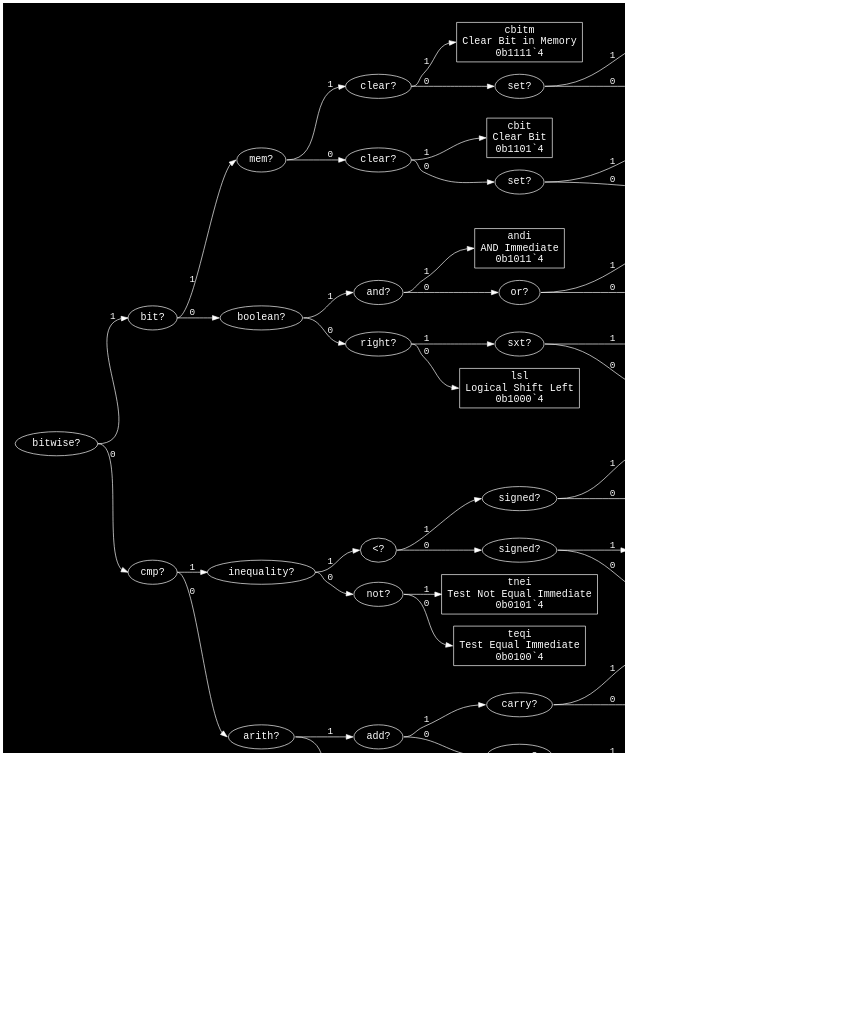
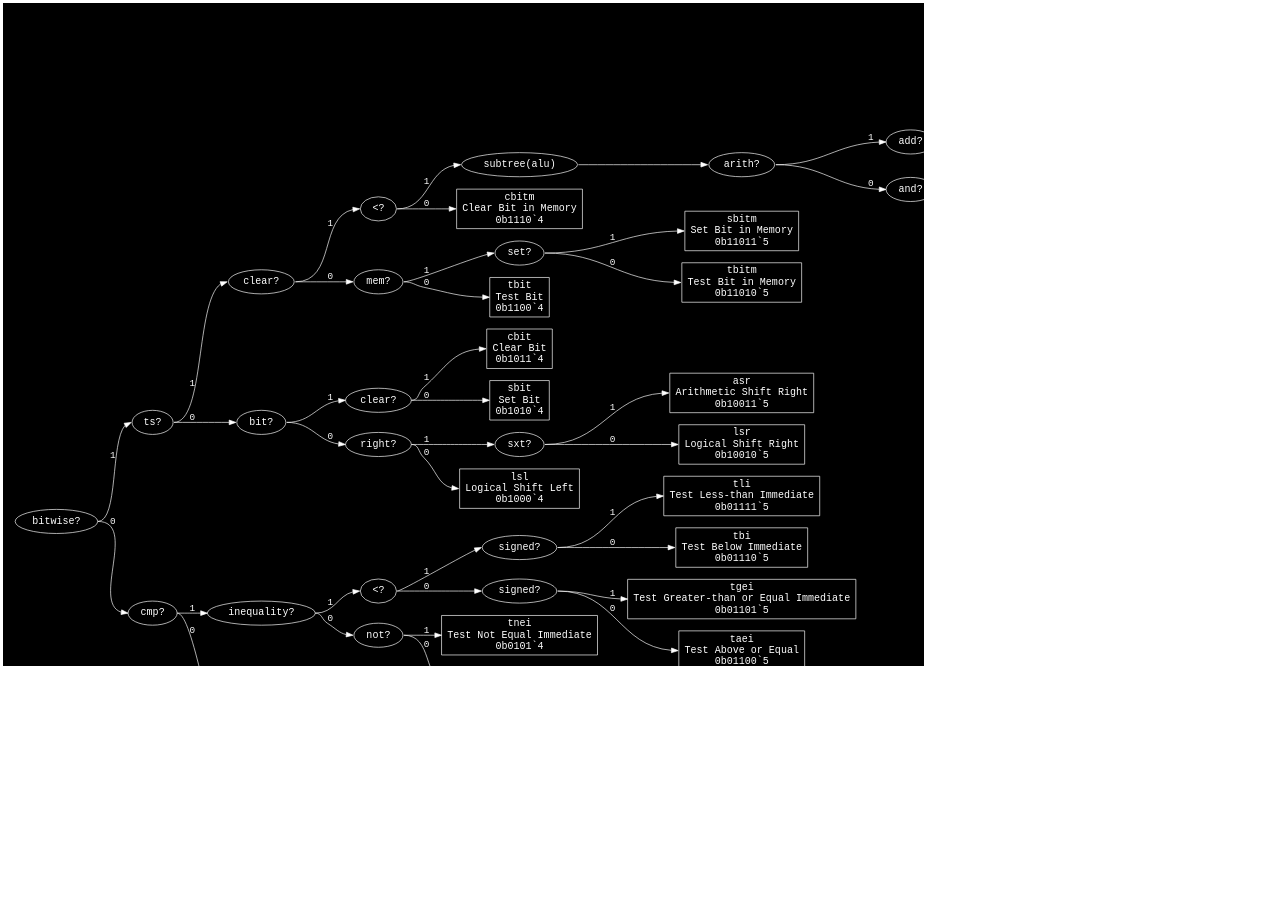
One commit to eignnx/SPRIND changed the diagram in assets/graphs/ri(1).dot. Above: the diagram before and after it, drawn with Graphviz. The commit also changed 15 other files, not shown here.

Commit message:
all tree diagrams are being generated now

```diff
--- a/assets/graphs/ri(1).dot
+++ b/assets/graphs/ri(1).dot
@@ -1,106 +1,108 @@
 digraph "Format ri(1)" {
   graph [dpi = 100, bgcolor="#111", fontcolor="white", rankdir=LR, pad="0.25"];
   node [fontname = "Courier", fontsize="15pt", color="white", fontcolor="white"];
   edge [fontname = "Courier", color="white", fontcolor="white"];
-  "bitwise_16720857" [label = "bitwise?", shape = ellipse];
-  "bitwise_16720857":e -> "bit_3130300":w [label = "1"];
-  "bitwise_16720857":e -> "cmp_1683035":w [label = "0"];
-  "bit_3130300" [label = "bit?", shape = ellipse];
-  "bit_3130300":e -> "mem_8965213":w [label = "1"];
-  "bit_3130300":e -> "boolean_7461156":w [label = "0"];
-  "mem_8965213" [label = "mem?", shape = ellipse];
-  "mem_8965213":e -> "clear_3042620":w [label = "1"];
-  "mem_8965213":e -> "clear_7702689":w [label = "0"];
-  "clear_3042620" [label = "clear?", shape = ellipse];
-  "clear_3042620":e -> "cbitm_5508826":w [label = "1"];
-  "clear_3042620":e -> "set_7736431":w [label = "0"];
-  "cbitm_5508826" [label = "cbitm\nClear Bit in Memory\n0b1111`4", shape = rectangle];
+  "bitwise_15003027" [label = "bitwise?", shape = ellipse];
+  "bitwise_15003027":e -> "ts_12343833":w [label = "1"];
+  "bitwise_15003027":e -> "cmp_1521859":w [label = "0"];
+  "ts_12343833" [label = "ts?", shape = ellipse];
+  "ts_12343833":e -> "clear_10261007":w [label = "1"];
+  "ts_12343833":e -> "bit_13408921":w [label = "0"];
+  "clear_10261007" [label = "clear?", shape = ellipse];
+  "clear_10261007":e -> "<_8235533":w [label = "1"];
+  "clear_10261007":e -> "mem_14705942":w [label = "0"];
+  "<_8235533" [label = "<?", shape = ellipse];
+  "<_8235533":e -> "alu_10217591":w [label = "1"];
+  "<_8235533":e -> "cbitm_5508826":w [label = "0"];
+  "alu_10217591" [label = "subtree(alu)", shape = ellipse];
+  "alu_10217591":e -> "arith_11141132":w;
+  "arith_11141132" [label = "arith?", shape = ellipse];
+  "arith_11141132":e -> "add_12626219":w [label = "1"];
+  "arith_11141132":e -> "and_3569055":w [label = "0"];
+  "add_12626219" [label = "add?", shape = ellipse];
+  "add_12626219":e -> "carry_540871":w [label = "1"];
+  "add_12626219":e -> "carry_3165593":w [label = "0"];
+  "carry_540871" [label = "carry?", shape = ellipse];
+  "carry_540871":e -> "addicy_12315327":w [label = "1"];
+  "carry_540871":e -> "addi_9690679":w [label = "0"];
+  "addicy_12315327" [label = "addicy\nAdd Immediate with Carry\n0b1111111`7", shape = rectangle];
+  "addi_9690679" [label = "addi\nAdd Immediate\n0b1111110`7", shape = rectangle];
+  "carry_3165593" [label = "carry?", shape = ellipse];
+  "carry_3165593":e -> "subicy_2944954":w [label = "1"];
+  "carry_3165593":e -> "subi_4485835":w [label = "0"];
+  "subicy_2944954" [label = "subicy\nSubtract Immediate with Carry\n0b1111101`7", shape = rectangle];
+  "subi_4485835" [label = "subi\nSubtract Immediate\n0b1111100`7", shape = rectangle];
+  "and_3569055" [label = "and?", shape = ellipse];
+  "and_3569055":e -> "andi_12159617":w [label = "1"];
+  "and_3569055":e -> "or_7437234":w [label = "0"];
+  "andi_12159617" [label = "andi\nAND Immediate\n0b111101`6", shape = rectangle];
+  "or_7437234" [label = "or?", shape = ellipse];
+  "or_7437234":e -> "ori_10741780":w [label = "1"];
+  "or_7437234":e -> "xori_1004432":w [label = "0"];
+  "ori_10741780" [label = "ori\nOR Immediate\n0b1111001`7", shape = rectangle];
+  "xori_1004432" [label = "xori\nXOR Immediate\n0b1111000`7", shape = rectangle];
+  "cbitm_5508826" [label = "cbitm\nClear Bit in Memory\n0b1110`4", shape = rectangle];
+  "mem_14705942" [label = "mem?", shape = ellipse];
+  "mem_14705942":e -> "set_7736431":w [label = "1"];
+  "mem_14705942":e -> "tbit_5372373":w [label = "0"];
   "set_7736431" [label = "set?", shape = ellipse];
   "set_7736431":e -> "sbitm_5512467":w [label = "1"];
   "set_7736431":e -> "tbitm_12044071":w [label = "0"];
-  "sbitm_5512467" [label = "sbitm\nSet Bit in Memory\n0b11101`5", shape = rectangle];
-  "tbitm_12044071" [label = "tbitm\nTest Bit in Memory\n0b11100`5", shape = rectangle];
-  "clear_7702689" [label = "clear?", shape = ellipse];
-  "clear_7702689":e -> "cbit_262815":w [label = "1"];
-  "clear_7702689":e -> "set_10387925":w [label = "0"];
-  "cbit_262815" [label = "cbit\nClear Bit\n0b1101`4", shape = rectangle];
-  "set_10387925" [label = "set?", shape = ellipse];
-  "set_10387925":e -> "sbit_16738776":w [label = "1"];
-  "set_10387925":e -> "tbit_5372373":w [label = "0"];
-  "sbit_16738776" [label = "sbit\nSet Bit\n0b11001`5", shape = rectangle];
-  "tbit_5372373" [label = "tbit\nTest Bit\n0b11000`5", shape = rectangle];
-  "boolean_7461156" [label = "boolean?", shape = ellipse];
-  "boolean_7461156":e -> "and_3569055":w [label = "1"];
-  "boolean_7461156":e -> "right_10240396":w [label = "0"];
-  "and_3569055" [label = "and?", shape = ellipse];
-  "and_3569055":e -> "andi_12159617":w [label = "1"];
-  "and_3569055":e -> "or_7437234":w [label = "0"];
-  "andi_12159617" [label = "andi\nAND Immediate\n0b1011`4", shape = rectangle];
-  "or_7437234" [label = "or?", shape = ellipse];
-  "or_7437234":e -> "ori_10741780":w [label = "1"];
-  "or_7437234":e -> "xori_1004432":w [label = "0"];
-  "ori_10741780" [label = "ori\nOR Immediate\n0b10101`5", shape = rectangle];
-  "xori_1004432" [label = "xori\nXOR Immediate\n0b10100`5", shape = rectangle];
+  "sbitm_5512467" [label = "sbitm\nSet Bit in Memory\n0b11011`5", shape = rectangle];
+  "tbitm_12044071" [label = "tbitm\nTest Bit in Memory\n0b11010`5", shape = rectangle];
+  "tbit_5372373" [label = "tbit\nTest Bit\n0b1100`4", shape = rectangle];
+  "bit_13408921" [label = "bit?", shape = ellipse];
+  "bit_13408921":e -> "clear_4440796":w [label = "1"];
+  "bit_13408921":e -> "right_10240396":w [label = "0"];
+  "clear_4440796" [label = "clear?", shape = ellipse];
+  "clear_4440796":e -> "cbit_262815":w [label = "1"];
+  "clear_4440796":e -> "sbit_16738776":w [label = "0"];
+  "cbit_262815" [label = "cbit\nClear Bit\n0b1011`4", shape = rectangle];
+  "sbit_16738776" [label = "sbit\nSet Bit\n0b1010`4", shape = rectangle];
   "right_10240396" [label = "right?", shape = ellipse];
   "right_10240396":e -> "sxt_3947393":w [label = "1"];
   "right_10240396":e -> "lsl_933506":w [label = "0"];
   "sxt_3947393" [label = "sxt?", shape = ellipse];
   "sxt_3947393":e -> "asr_4658712":w [label = "1"];
   "sxt_3947393":e -> "lsr_5551459":w [label = "0"];
   "asr_4658712" [label = "asr\nArithmetic Shift Right\n0b10011`5", shape = rectangle];
   "lsr_5551459" [label = "lsr\nLogical Shift Right\n0b10010`5", shape = rectangle];
   "lsl_933506" [label = "lsl\nLogical Shift Left\n0b1000`4", shape = rectangle];
-  "cmp_1683035" [label = "cmp?", shape = ellipse];
-  "cmp_1683035":e -> "inequality_5877276":w [label = "1"];
-  "cmp_1683035":e -> "arith_14347319":w [label = "0"];
+  "cmp_1521859" [label = "cmp?", shape = ellipse];
+  "cmp_1521859":e -> "inequality_5877276":w [label = "1"];
+  "cmp_1521859":e -> "byte_11793580":w [label = "0"];
   "inequality_5877276" [label = "inequality?", shape = ellipse];
   "inequality_5877276":e -> "<_1890235":w [label = "1"];
   "inequality_5877276":e -> "not_8792364":w [label = "0"];
   "<_1890235" [label = "<?", shape = ellipse];
   "<_1890235":e -> "signed_10531314":w [label = "1"];
   "<_1890235":e -> "signed_6217757":w [label = "0"];
   "signed_10531314" [label = "signed?", shape = ellipse];
   "signed_10531314":e -> "tli_650505":w [label = "1"];
   "signed_10531314":e -> "tbi_7859922":w [label = "0"];
   "tli_650505" [label = "tli\nTest Less-than Immediate\n0b01111`5", shape = rectangle];
   "tbi_7859922" [label = "tbi\nTest Below Immediate\n0b01110`5", shape = rectangle];
   "signed_6217757" [label = "signed?", shape = ellipse];
   "signed_6217757":e -> "tgei_4329480":w [label = "1"];
   "signed_6217757":e -> "taei_9511866":w [label = "0"];
   "tgei_4329480" [label = "tgei\nTest Greater-than or Equal Immediate\n0b01101`5", shape = rectangle];
   "taei_9511866" [label = "taei\nTest Above or Equal\n0b01100`5", shape = rectangle];
   "not_8792364" [label = "not?", shape = ellipse];
   "not_8792364":e -> "tnei_12469607":w [label = "1"];
   "not_8792364":e -> "teqi_10456661":w [label = "0"];
   "tnei_12469607" [label = "tnei\nTest Not Equal Immediate\n0b0101`4", shape = rectangle];
   "teqi_10456661" [label = "teqi\nTest Equal Immediate\n0b0100`4", shape = rectangle];
-  "arith_14347319" [label = "arith?", shape = ellipse];
-  "arith_14347319":e -> "add_12626219":w [label = "1"];
-  "arith_14347319":e -> "byte_11793580":w [label = "0"];
-  "add_12626219" [label = "add?", shape = ellipse];
-  "add_12626219":e -> "carry_540871":w [label = "1"];
-  "add_12626219":e -> "carry_3165593":w [label = "0"];
-  "carry_540871" [label = "carry?", shape = ellipse];
-  "carry_540871":e -> "addicy_12315327":w [label = "1"];
-  "carry_540871":e -> "addi_9690679":w [label = "0"];
-  "addicy_12315327" [label = "addicy\nAdd Immediate with Carry\n0b00111`5", shape = rectangle];
-  "addi_9690679" [label = "addi\nAdd Immediate\n0b00110`5", shape = rectangle];
-  "carry_3165593" [label = "carry?", shape = ellipse];
-  "carry_3165593":e -> "subicy_2944954":w [label = "1"];
-  "carry_3165593":e -> "subi_4485835":w [label = "0"];
-  "subicy_2944954" [label = "subicy\nSubtract Immediate with Carry\n0b00101`5", shape = rectangle];
-  "subi_4485835" [label = "subi\nSubtract Immediate\n0b00100`5", shape = rectangle];
   "byte_11793580" [label = "byte?", shape = ellipse];
   "byte_11793580":e -> "load_4551929":w [label = "1"];
   "byte_11793580":e -> "load_470839":w [label = "0"];
   "load_4551929" [label = "load?", shape = ellipse];
   "load_4551929":e -> "lgb_856797":w [label = "1"];
   "load_4551929":e -> "sgb_13623431":w [label = "0"];
-  "lgb_856797" [label = "lgb\nLoad Global Byte\n0b00011`5", shape = rectangle];
-  "sgb_13623431" [label = "sgb\nStore Global Byte\n0b00010`5", shape = rectangle];
+  "lgb_856797" [label = "lgb\nLoad Global Byte\n0b0011`4", shape = rectangle];
+  "sgb_13623431" [label = "sgb\nStore Global Byte\n0b0010`4", shape = rectangle];
   "load_470839" [label = "load?", shape = ellipse];
   "load_470839":e -> "lgw_5872715":w [label = "1"];
   "load_470839":e -> "sgw_3934115":w [label = "0"];
-  "lgw_5872715" [label = "lgw\nLoad Global Word\n0b00001`5", shape = rectangle];
-  "sgw_3934115" [label = "sgw\nStore Global Word\n0b00000`5", shape = rectangle];
+  "lgw_5872715" [label = "lgw\nLoad Global Word\n0b0001`4", shape = rectangle];
+  "sgw_3934115" [label = "sgw\nStore Global Word\n0b0000`4", shape = rectangle];
 }
```
